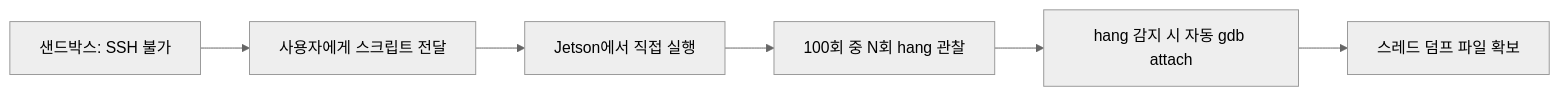
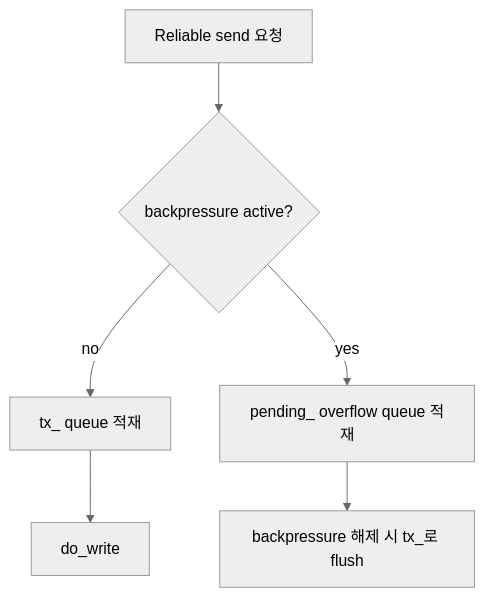
One commit to jwsung91/jwsung91.github.io changed the third of 5 diagrams in src/content/blog/2026-07-02-unilink-udp-backpressure-데드락-트러블슈팅.md. Above: the diagram before and after it, drawn with Mermaid (neutral theme). The commit also changed other lines of this file, not shown here.

Commit message:
Update Blog “2026-07-02-unilink-udp-backpressure-데드락-트러블슈팅”

````diff
--- a/src/content/blog/2026-07-02-unilink-udp-backpressure-데드락-트러블슈팅.md
+++ b/src/content/blog/2026-07-02-unilink-udp-backpressure-데드락-트러블슈팅.md
@@ -65,8 +101,8 @@
 ```mermaid
-flowchart LR
-    A[샌드박스: SSH 불가] --> B[사용자에게 스크립트 전달]
-    B --> C[Jetson에서 직접 실행]
-    C --> D[100회 중 N회 hang 관찰]
-    D --> E[hang 감지 시 자동 gdb attach]
-    E --> F[스레드 덤프 파일 확보]
+flowchart TD
+    A[Reliable send 요청] --> B{backpressure active?}
+    B -- no --> C[tx_ queue 적재]
+    B -- yes --> D[pending_ overflow queue 적재]
+    C --> E[do_write]
+    D --> F[backpressure 해제 시 tx_로 flush]
 ```
````
